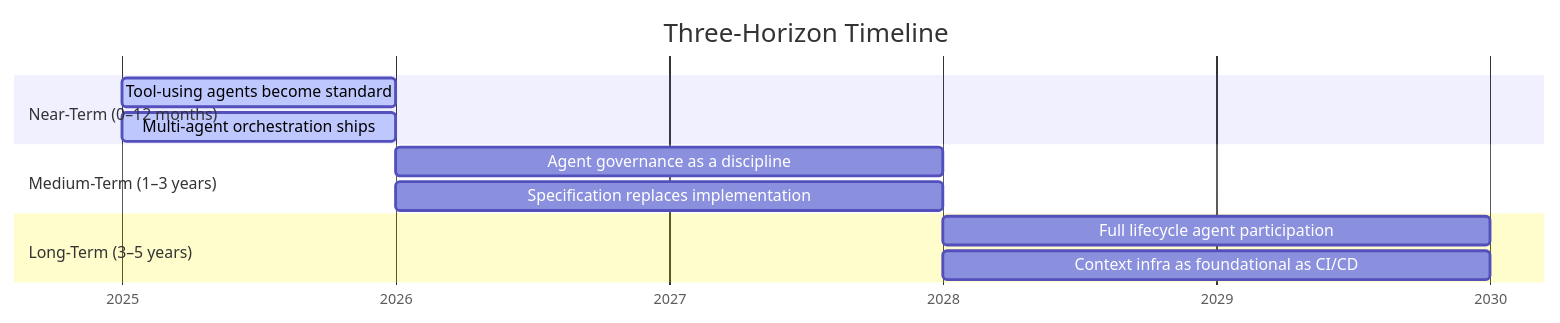
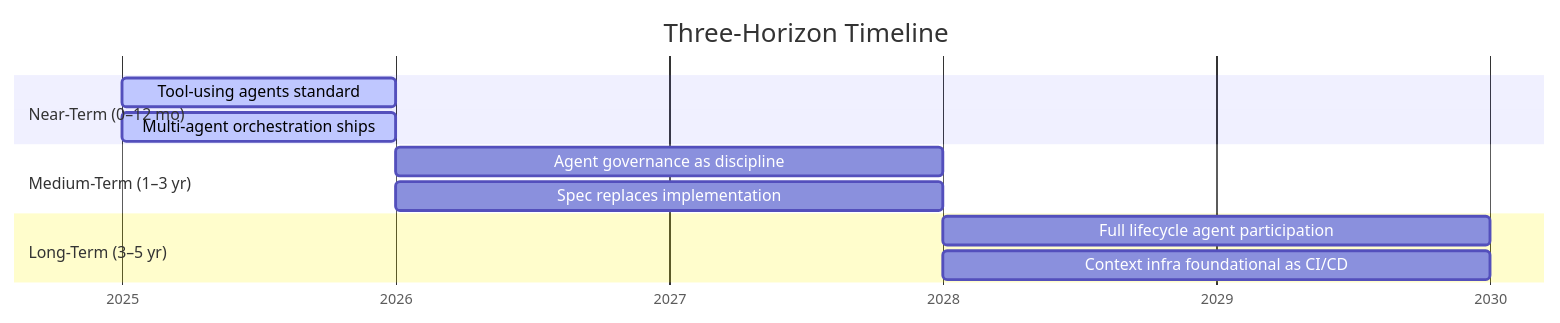
The diagram in handbook/ch15-what-comes-next.qmd (danielmeppiel/agentic-sdlc-handbook), drawn with Mermaid before and after one commit. The commit also changed 10 other files, not shown here.

First line of the commit message:
fix: PDF formatting — compact TOC, fix diagrams, table formatting, hooks accuracy

````diff
--- a/handbook/ch15-what-comes-next.qmd
+++ b/handbook/ch15-what-comes-next.qmd
@@ -37,22 +37,22 @@
 ```{mermaid}
 %%| fig-width: 4.5
 %%| fig-cap: "Three-horizon technology timeline"
 %%| fig-alt: "Gantt chart showing three technology horizons: Near-Term (0 to 12 months, 2025 to 2026) includes Tool-using agents become standard and Multi-agent orchestration ships, both marked as active; Medium-Term (1 to 3 years, 2026 to 2028) includes Agent governance as a discipline and Specification replaces implementation; Long-Term (3 to 5 years, 2028 to 2030) includes Full lifecycle agent participation and Context infrastructure as foundational as CI/CD."
 %%| label: fig-three-horizons
 gantt
     title Three-Horizon Timeline
     dateFormat YYYY
     axisFormat %Y
 
-    section Near-Term (0–12 months)
-    Tool-using agents become standard       :active, n1, 2025, 2026
-    Multi-agent orchestration ships          :active, n2, 2025, 2026
+    section Near-Term (0–12 mo)
+    Tool-using agents standard              :active, n1, 2025, 2026
+    Multi-agent orchestration ships         :active, n2, 2025, 2026
 
-    section Medium-Term (1–3 years)
-    Agent governance as a discipline         :m1, 2026, 2028
-    Specification replaces implementation    :m2, 2026, 2028
+    section Medium-Term (1–3 yr)
+    Agent governance as discipline          :m1, 2026, 2028
+    Spec replaces implementation            :m2, 2026, 2028
 
-    section Long-Term (3–5 years)
-    Full lifecycle agent participation       :l1, 2028, 2030
-    Context infra as foundational as CI/CD   :l2, 2028, 2030
+    section Long-Term (3–5 yr)
+    Full lifecycle agent participation      :l1, 2028, 2030
+    Context infra foundational as CI/CD     :l2, 2028, 2030
 ```
````
